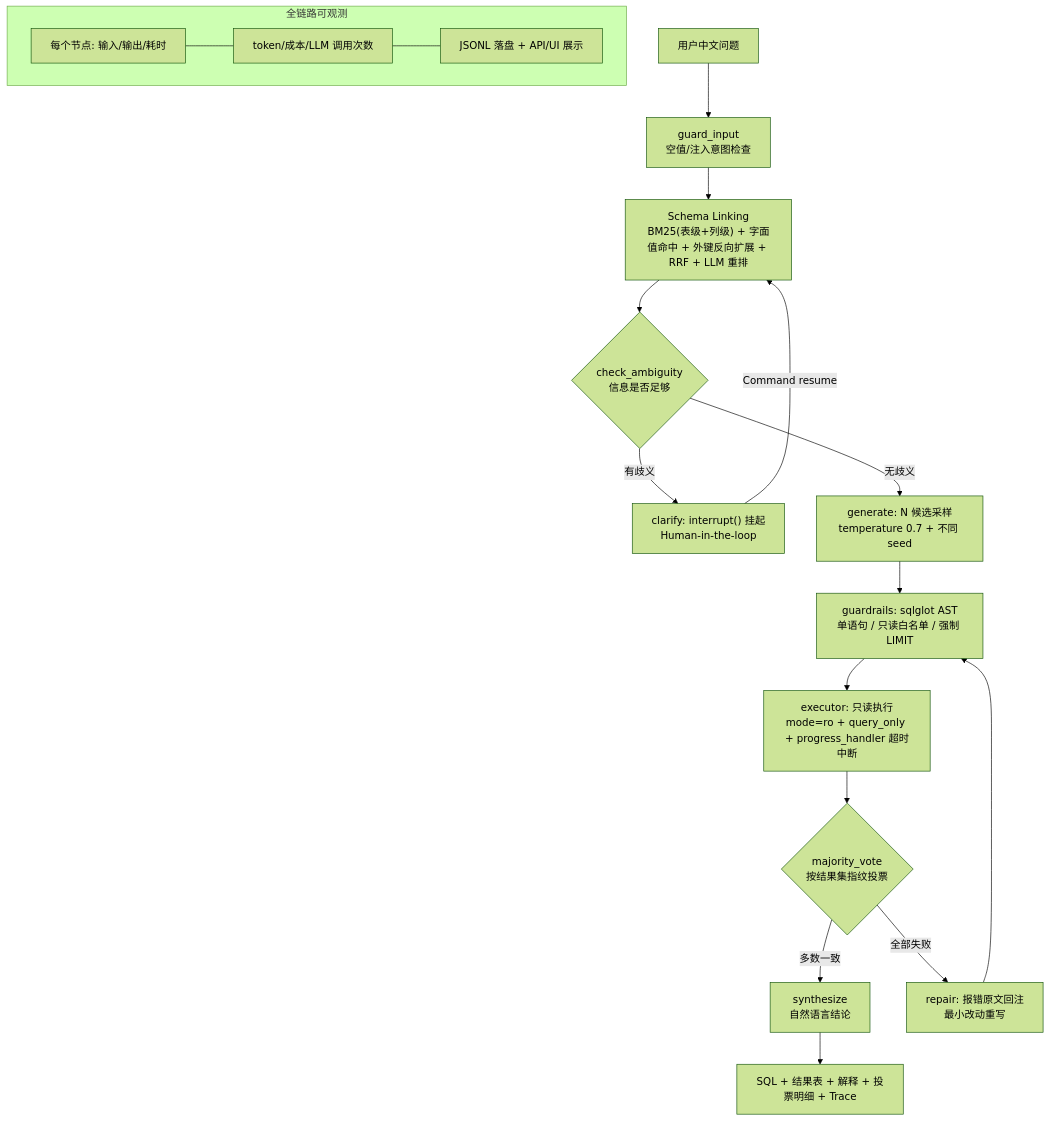
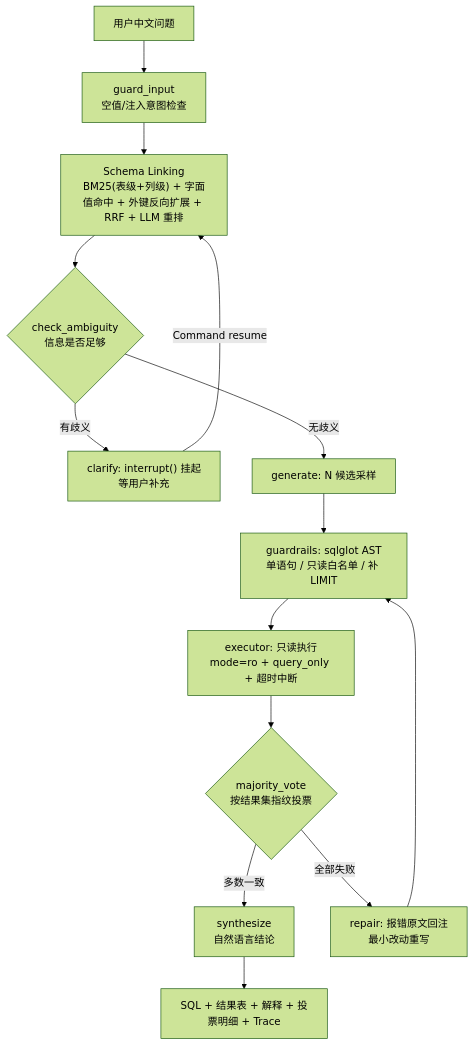
The diagram in README.md (Howard-Qin-art/nl2sql-agent), drawn with Mermaid (forest theme) before and after one commit. The commit also changed other lines of this file and 1 other file, not shown here.

````diff
--- a/README.md
+++ b/README.md
@@ -137,20 +79,16 @@
 ```mermaid
 flowchart TD
     Q[用户中文问题] --> G[guard_input<br/>空值/注入意图检查]
     G --> L["Schema Linking<br/>BM25(表级+列级) + 字面值命中 + 外键反向扩展 + RRF + LLM 重排"]
     L --> A{check_ambiguity<br/>信息是否足够}
-    A -->|有歧义| C["clarify: interrupt() 挂起<br/>Human-in-the-loop"]
+    A -->|有歧义| C["clarify: interrupt() 挂起<br/>等用户补充"]
     C -->|Command resume| L
-    A -->|无歧义| GEN["generate: N 候选采样<br/>temperature 0.7 + 不同 seed"]
-    GEN --> GRD["guardrails: sqlglot AST<br/>单语句 / 只读白名单 / 强制 LIMIT"]
-    GRD --> EXE["executor: 只读执行<br/>mode=ro + query_only + progress_handler 超时中断"]
+    A -->|无歧义| GEN["generate: N 候选采样"]
+    GEN --> GRD["guardrails: sqlglot AST<br/>单语句 / 只读白名单 / 补 LIMIT"]
+    GRD --> EXE["executor: 只读执行<br/>mode=ro + query_only + 超时中断"]
     EXE --> VOTE{"majority_vote<br/>按结果集指纹投票"}
     VOTE -->|多数一致| ANS[synthesize<br/>自然语言结论]
     VOTE -->|全部失败| REP["repair: 报错原文回注<br/>最小改动重写"]
     REP --> GRD
     ANS --> OUT[SQL + 结果表 + 解释 + 投票明细 + Trace]
-
-    subgraph OBS[全链路可观测]
-      T1[每个节点: 输入/输出/耗时] --- T2[token/成本/LLM 调用次数] --- T3[JSONL 落盘 + API/UI 展示]
-    end
 ```
````
